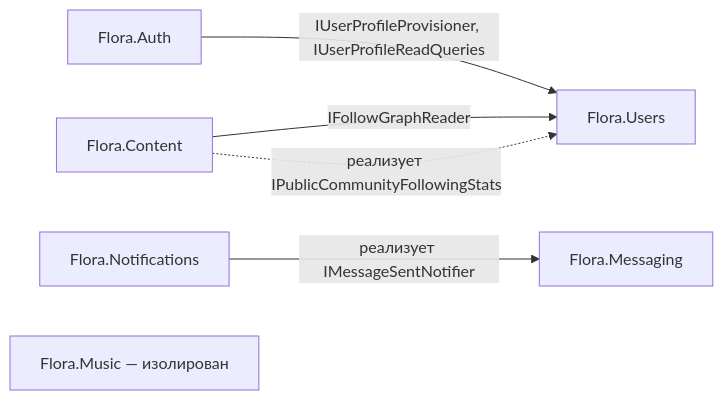
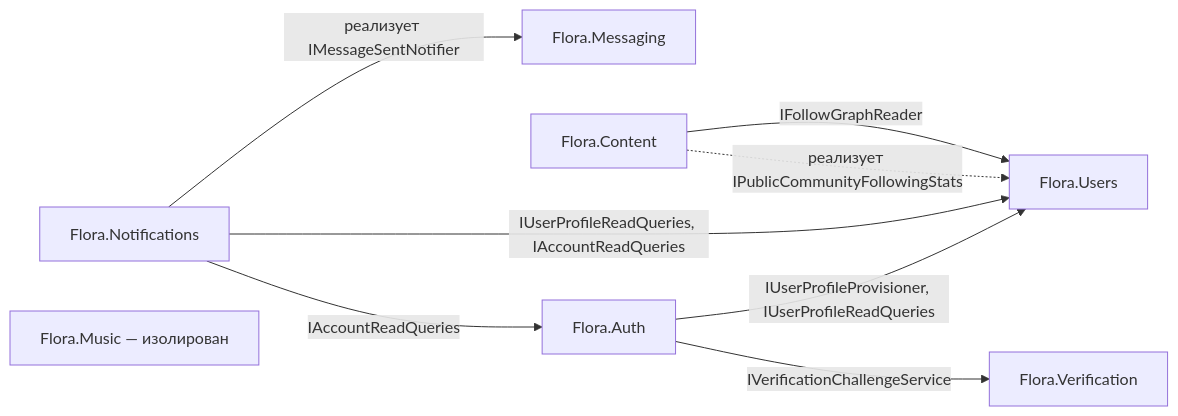
The second of 6 diagrams in ARCHITECTURE.md (effka11/Flora.Ecosystem), drawn with Mermaid before and after one commit. The commit also changed other lines of this file, not shown here.

Commit message:
docs(ecosystem): architecture file update

````diff
--- a/ARCHITECTURE.md
+++ b/ARCHITECTURE.md
@@ -120,14 +122,18 @@
 ```mermaid
 flowchart LR
     Auth["Flora.Auth"]
     Users["Flora.Users"]
     Content["Flora.Content"]
     Messaging["Flora.Messaging"]
     Notifications["Flora.Notifications"]
+    Verification["Flora.Verification"]
     Music["Flora.Music — изолирован"]
 
     Auth -->|"IUserProfileProvisioner, IUserProfileReadQueries"| Users
+    Auth -->|"IVerificationChallengeService"| Verification
     Content -->|"IFollowGraphReader"| Users
     Content -.->|"реализует IPublicCommunityFollowingStats"| Users
     Notifications -->|"реализует IMessageSentNotifier"| Messaging
+    Notifications -->|"IUserProfileReadQueries, IAccountReadQueries"| Users
+    Notifications -->|"IAccountReadQueries"| Auth
 ```
````
